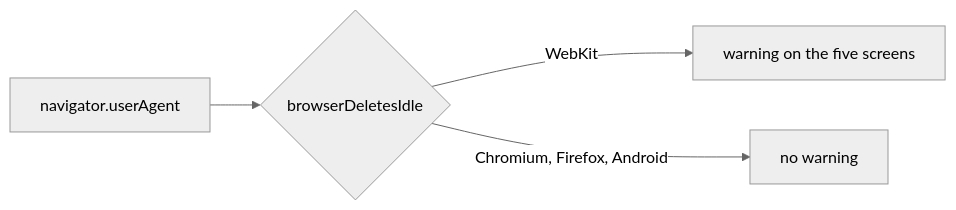
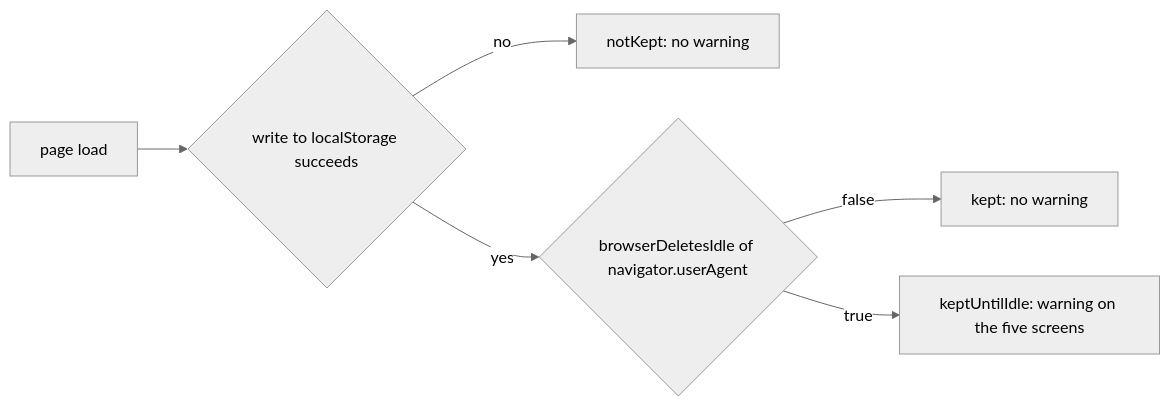
One commit to simplex-chat/simplex-chat changed the diagram in plans/2026-11-17-badges-browser-deletes-codes.md. Above: the diagram before and after it, drawn with Mermaid (neutral theme). The commit also changed other lines of this file, not shown here.

Commit message:
plans: badges warning keeping states and the unverified 30 day period

````diff
--- a/plans/2026-11-17-badges-browser-deletes-codes.md
+++ b/plans/2026-11-17-badges-browser-deletes-codes.md
@@ -41,6 +49,8 @@
 ```mermaid
 flowchart LR
-  ua[navigator.userAgent] --> d{browserDeletesIdle}
-  d -->|WebKit| w[warning on the five screens]
-  d -->|Chromium, Firefox, Android| n[no warning]
+  load[page load] --> w0{write to localStorage succeeds}
+  w0 -->|no| nk[notKept: no warning]
+  w0 -->|yes| d{browserDeletesIdle of navigator.userAgent}
+  d -->|false| k[kept: no warning]
+  d -->|true| u[keptUntilIdle: warning on the five screens]
 ```
````
